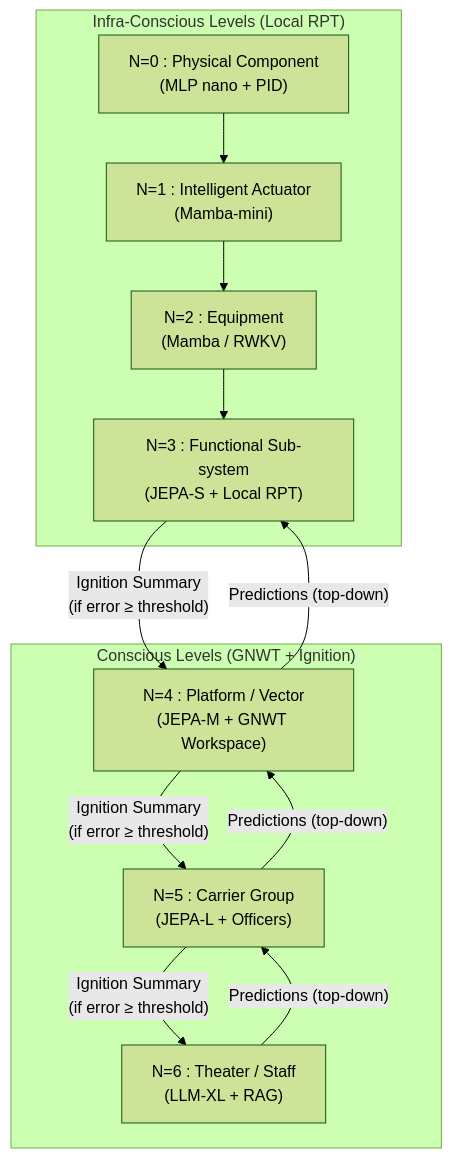
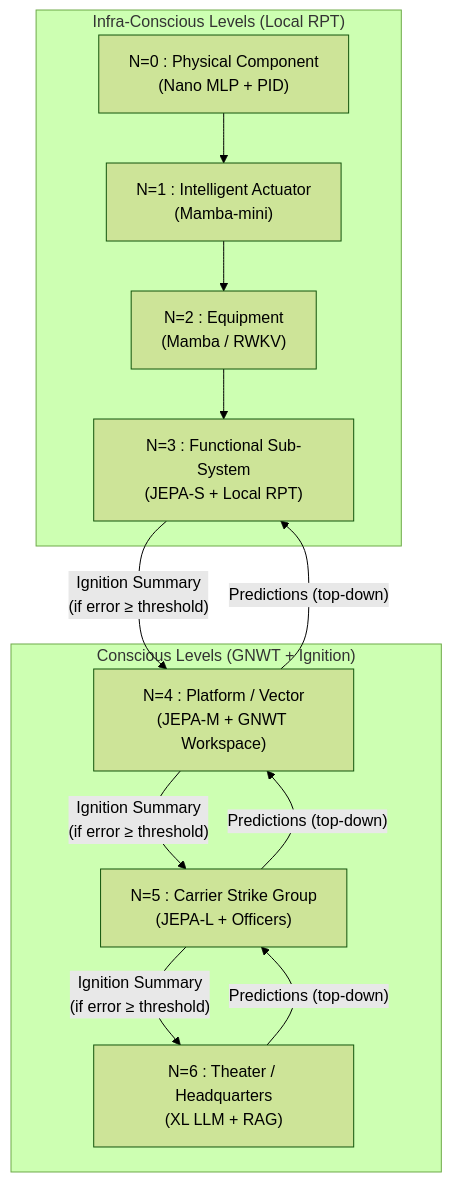
Before and after one commit to AlainCo/GNWT-Garrigue-X-en: the third of 6 diagrams in architecture/architecture.md, drawn with Mermaid (forest theme). The commit also changed other lines of this file and 20 other files, not shown here.

````diff
--- a/architecture/architecture.md
+++ b/architecture/architecture.md
@@ -31,24 +31,24 @@
 ```mermaid
 flowchart TD
     subgraph N0to3 ["Infra-Conscious Levels (Local RPT)"]
-        N0["N=0 : Physical Component\n(MLP nano + PID)"]
+        N0["N=0 : Physical Component\n(Nano MLP + PID)"]
         N1["N=1 : Intelligent Actuator\n(Mamba-mini)"]
         N2["N=2 : Equipment\n(Mamba / RWKV)"]
-        N3["N=3 : Functional Sub-system\n(JEPA-S + Local RPT)"]
+        N3["N=3 : Functional Sub-System\n(JEPA-S + Local RPT)"]
     end
 
     subgraph N4to6 ["Conscious Levels (GNWT + Ignition)"]
         N4["N=4 : Platform / Vector\n(JEPA-M + GNWT Workspace)"]
-        N5["N=5 : Carrier Group\n(JEPA-L + Officers)"]
-        N6["N=6 : Theater / Staff\n(LLM-XL + RAG)"]
+        N5["N=5 : Carrier Strike Group\n(JEPA-L + Officers)"]
+        N6["N=6 : Theater / Headquarters\n(XL LLM + RAG)"]
     end
 
     N0 --> N1 --> N2 --> N3
     N3 -->|"Ignition Summary\n(if error ≥ threshold)"| N4
     N4 -->|"Ignition Summary\n(if error ≥ threshold)"| N5
     N5 -->|"Ignition Summary\n(if error ≥ threshold)"| N6
 
     N6 -->|"Predictions (top-down)"| N5
     N5 -->|"Predictions (top-down)"| N4
     N4 -->|"Predictions (top-down)"| N3
 ```
````
